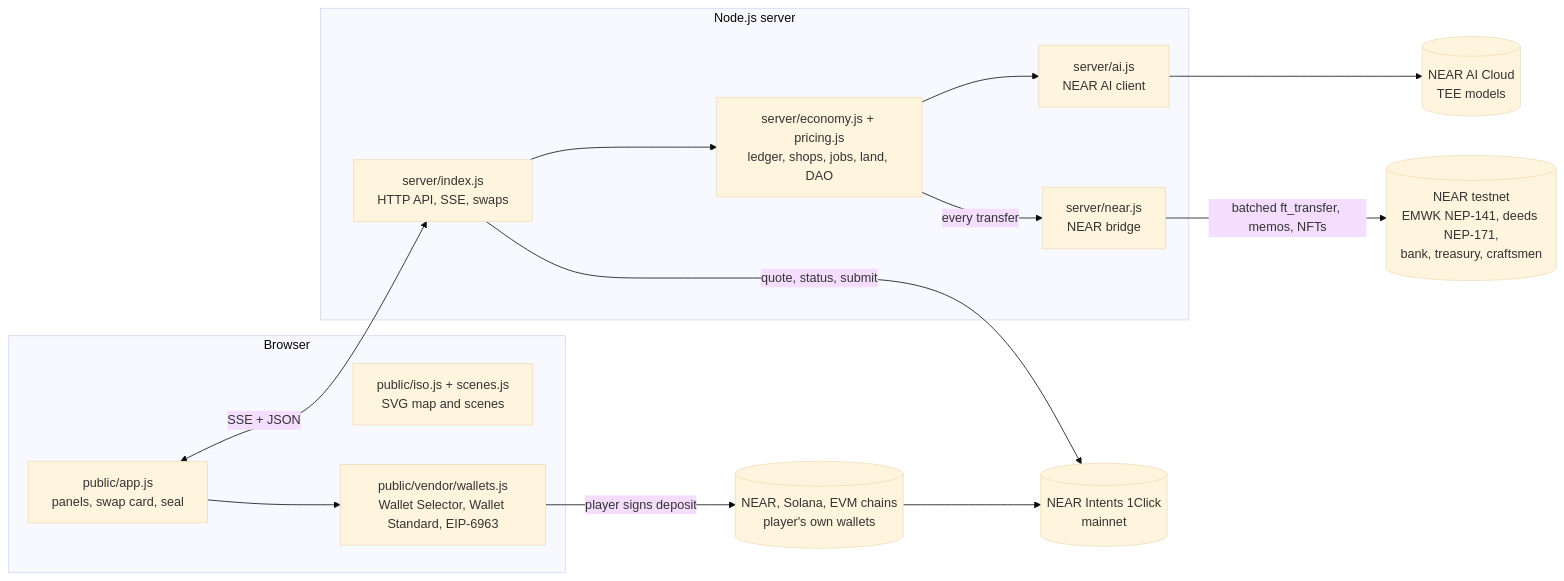
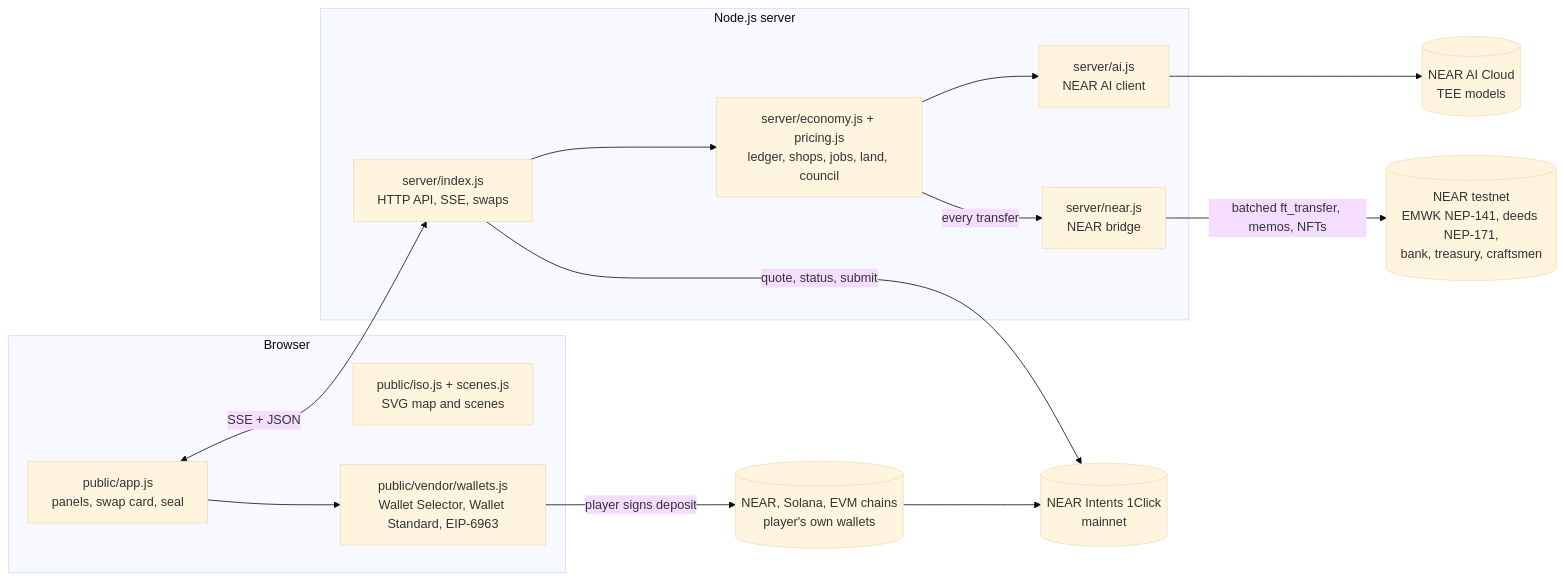
The diagram in README.md (Crow-ave/emberwick), drawn with Mermaid (base theme) before and after one commit. The commit also changed other lines of this file and 2 other files, not shown here.

First line of the commit message:
v1.6.5: README calls the council in-game governance, states deed limits

````diff
--- a/README.md
+++ b/README.md
@@ -389,28 +392,28 @@
 ```mermaid
 flowchart LR
   subgraph Browser
     UI[public/app.js<br/>panels, swap card, seal]
     MAP[public/iso.js + scenes.js<br/>SVG map and scenes]
     WAL[public/vendor/wallets.js<br/>Wallet Selector, Wallet Standard, EIP-6963]
   end
   subgraph Server[Node.js server]
     IDX[server/index.js<br/>HTTP API, SSE, swaps]
-    ECO[server/economy.js + pricing.js<br/>ledger, shops, jobs, land, DAO]
+    ECO[server/economy.js + pricing.js<br/>ledger, shops, jobs, land, council]
     AI[server/ai.js<br/>NEAR AI client]
     BR[server/near.js<br/>NEAR bridge]
   end
   NAI[(NEAR AI Cloud<br/>TEE models)]
   TN[(NEAR testnet<br/>EMWK NEP-141, deeds NEP-171,<br/>bank, treasury, craftsmen)]
   IC[(NEAR Intents 1Click<br/>mainnet)]
   CH[(NEAR, Solana, EVM chains<br/>player's own wallets)]
   UI <-->|SSE + JSON| IDX
   IDX --> ECO
   ECO --> AI
   AI --> NAI
   ECO -->|every transfer| BR
   BR -->|batched ft_transfer, memos, NFTs| TN
   IDX -->|quote, status, submit| IC
   UI --> WAL
   WAL -->|player signs deposit| CH
   CH --> IC
 ```
````
